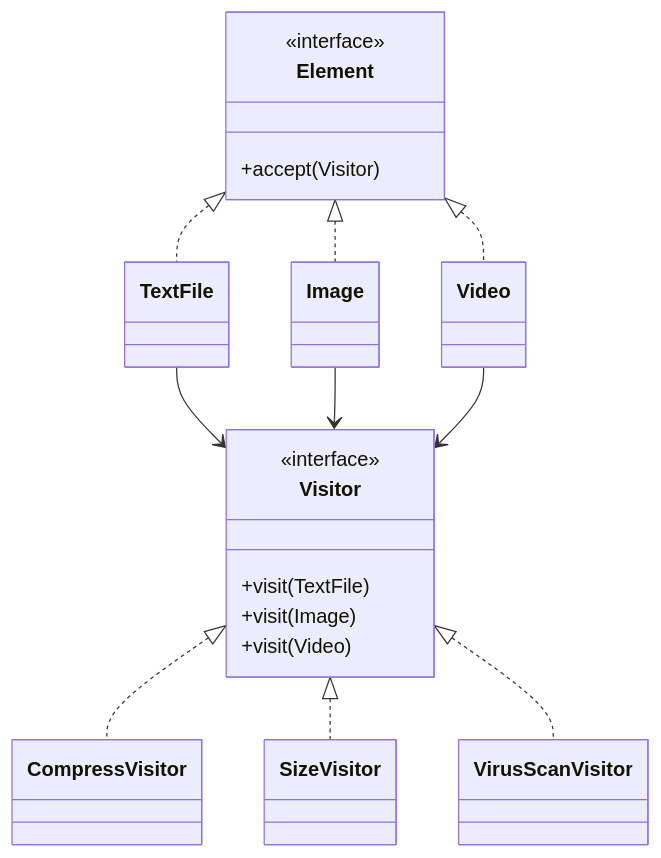
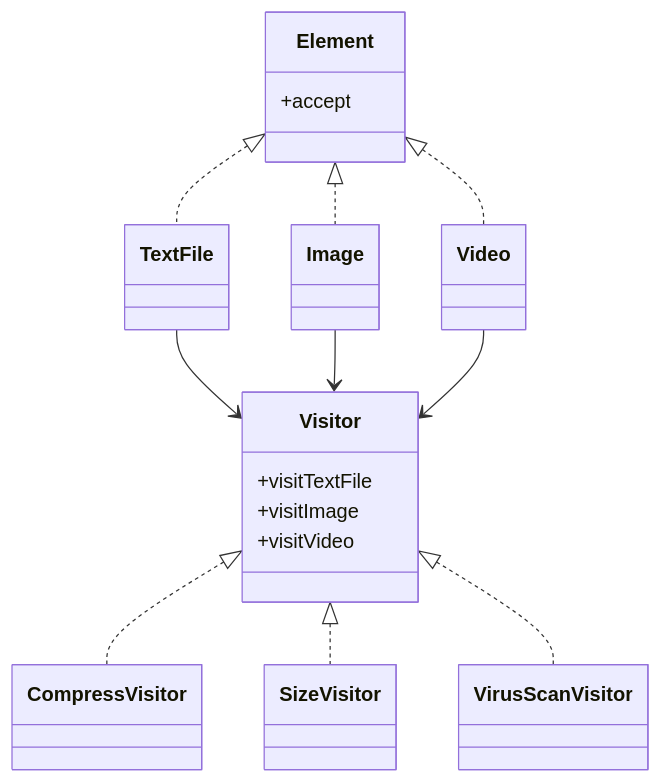
The first of 4 diagrams in src/content/lld-visitor-design-pattern.md (gojosatoru123-ux/CacheU), drawn with Mermaid before and after one commit. The commit also changed other lines of this file and 21 other files, not shown here.

````diff
--- a/src/content/lld-visitor-design-pattern.md
+++ b/src/content/lld-visitor-design-pattern.md
@@ -209,35 +209,33 @@
 ```mermaid
 classDiagram
 
     class Element {
-        <<interface>>
-        +accept(Visitor)
+        +accept
     }
 
     class TextFile
     class Image
     class Video
 
     Element <|.. TextFile
     Element <|.. Image
     Element <|.. Video
 
     class Visitor {
-        <<interface>>
-        +visit(TextFile)
-        +visit(Image)
-        +visit(Video)
+        +visitTextFile
+        +visitImage
+        +visitVideo
     }
 
     class CompressVisitor
     class SizeVisitor
     class VirusScanVisitor
 
     Visitor <|.. CompressVisitor
     Visitor <|.. SizeVisitor
     Visitor <|.. VirusScanVisitor
 
     TextFile --> Visitor
     Image --> Visitor
     Video --> Visitor
 ```
````
